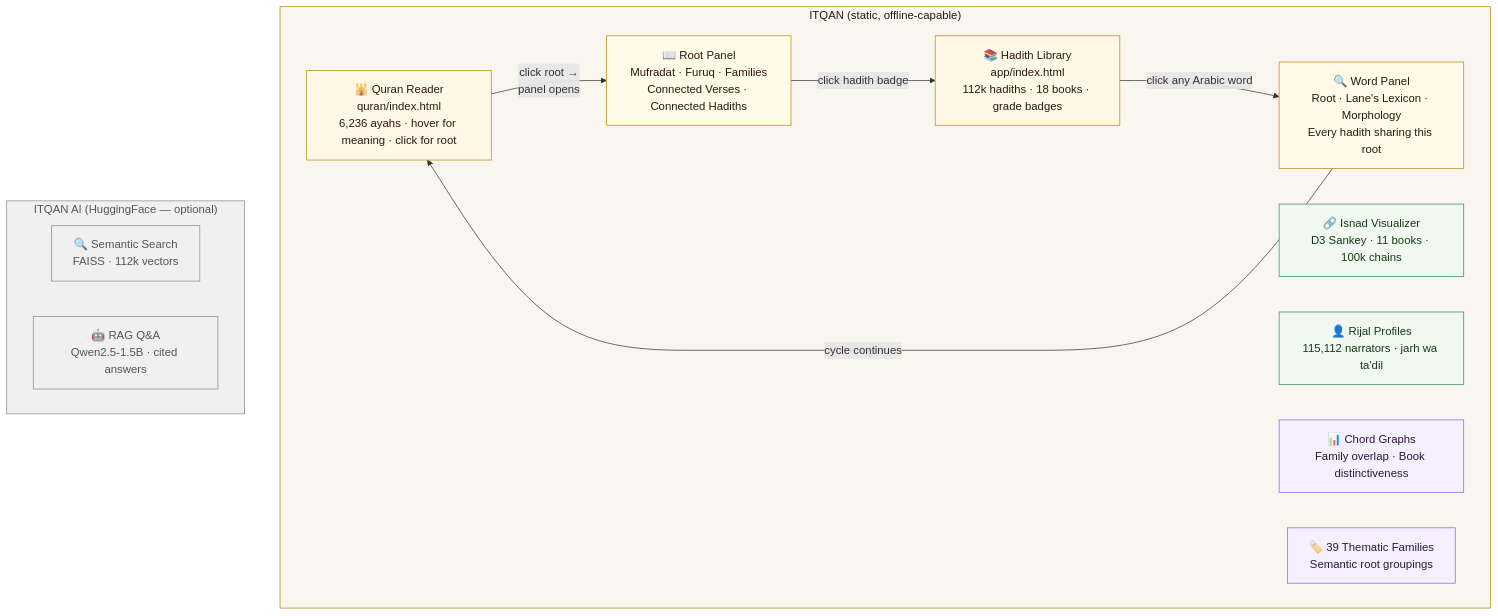
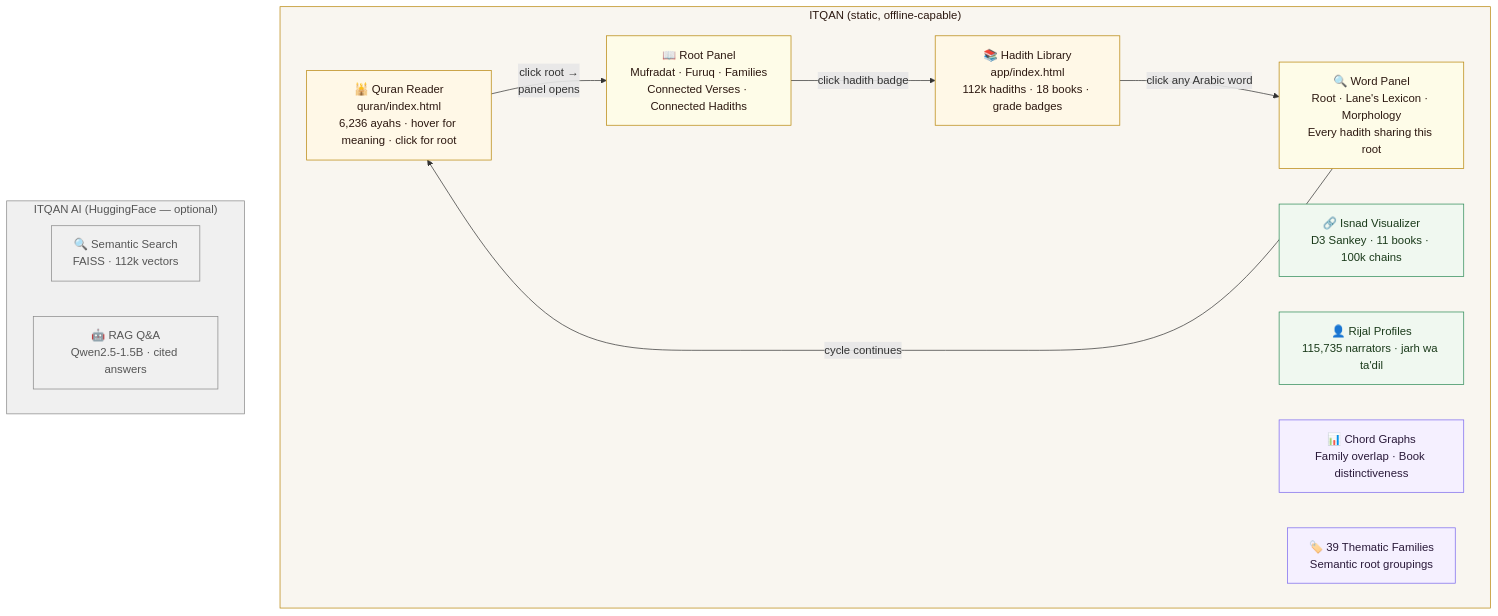
One commit to R3GENESI5/hadith changed the first of 3 diagrams in README.md. Above: the diagram before and after it, drawn with Mermaid. The commit also changed other lines of this file and 19 other files, not shown here.

````diff
--- a/README.md
+++ b/README.md
@@ -764,33 +764,33 @@
 ```mermaid
 graph TD
     subgraph ITQAN["ITQAN (static, offline-capable)"]
         QV["🕌 Quran Reader<br/>quran/index.html<br/>6,236 ayahs · hover for meaning · click for root"]
         QV -->|"click root →<br/>panel opens"| RP["📖 Root Panel<br/>Mufradat · Furuq · Families<br/>Connected Verses · Connected Hadiths"]
         RP -->|"click hadith badge"| HV["📚 Hadith Library<br/>app/index.html<br/>112k hadiths · 18 books · grade badges"]
         HV -->|"click any Arabic word"| WP["🔍 Word Panel<br/>Root · Lane's Lexicon · Morphology<br/>Every hadith sharing this root"]
         WP -->|"cycle continues"| QV
 
         IS["🔗 Isnad Visualizer<br/>D3 Sankey · 11 books · 100k chains"]
-        RJ["👤 Rijal Profiles<br/>115,112 narrators · jarh wa ta'dil"]
+        RJ["👤 Rijal Profiles<br/>115,735 narrators · jarh wa ta'dil"]
         CH["📊 Chord Graphs<br/>Family overlap · Book distinctiveness"]
         FM["🏷️ 39 Thematic Families<br/>Semantic root groupings"]
     end
 
     subgraph AI["ITQAN AI (HuggingFace — optional)"]
         SE["🔍 Semantic Search<br/>FAISS · 112k vectors"]
         RAG["🤖 RAG Q&A<br/>Qwen2.5-1.5B · cited answers"]
     end
 
     style ITQAN fill:#f9f6f0,stroke:#b8860b,color:#2c1810
     style AI fill:#f0f0f0,stroke:#888,color:#555
     style QV fill:#fff8e7,stroke:#b8860b,color:#2c1810
     style HV fill:#fff8e7,stroke:#b8860b,color:#2c1810
     style RP fill:#fefce8,stroke:#b8860b,color:#2c1810
     style WP fill:#fefce8,stroke:#b8860b,color:#2c1810
     style IS fill:#f0f8f0,stroke:#2e8b57,color:#1a3a1a
     style RJ fill:#f0f8f0,stroke:#2e8b57,color:#1a3a1a
     style CH fill:#f5f0ff,stroke:#7b68ee,color:#2a1a3a
     style FM fill:#f5f0ff,stroke:#7b68ee,color:#2a1a3a
     style SE fill:#f0f0f0,stroke:#888,color:#555
     style RAG fill:#f0f0f0,stroke:#888,color:#555
 ```
````
